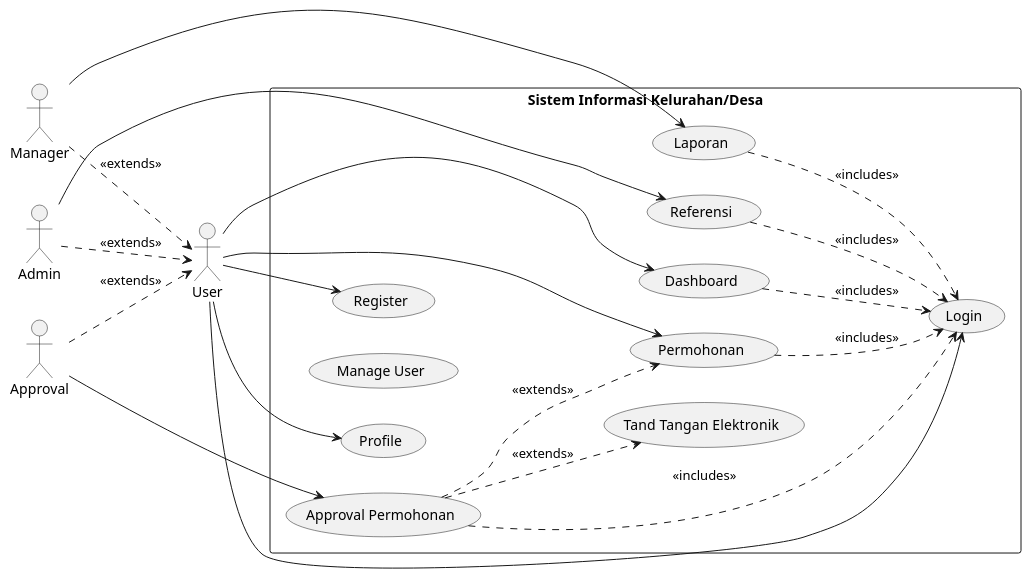
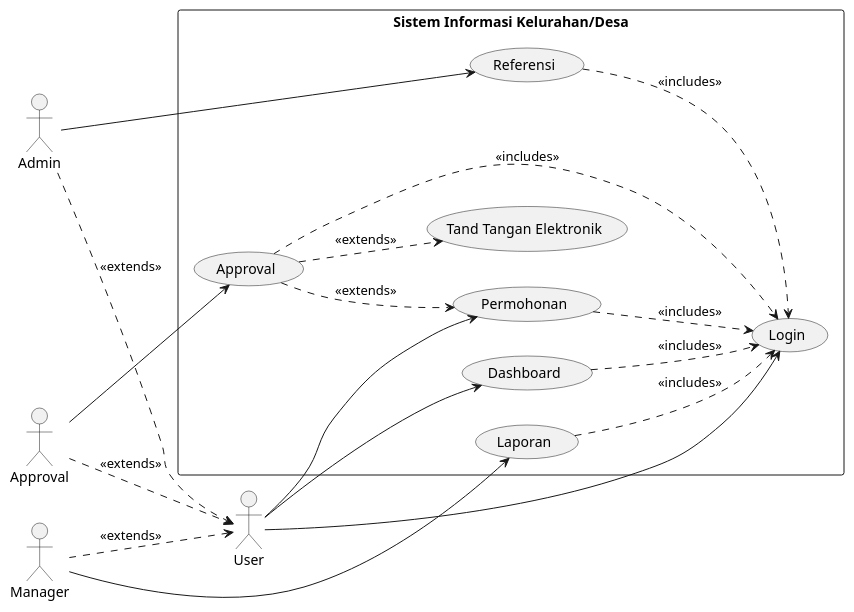
One commit to cendekia-mu/simkel changed the diagram in docs/01_uc.puml. Above: the diagram before and after it, drawn with PlantUML. The commit also changed 2 other files, not shown here.

Commit message:
Refactor use case diagram and update static view paths in the application

```diff
--- a/docs/01_uc.puml
+++ b/docs/01_uc.puml
@@ -1,38 +1,33 @@
 @startuml use_case_lkpj
 left to right direction
 actor "User" as User
 actor "Approval" as Approval
 actor "Manager" as Manager
 actor "Admin" as Admin
 rectangle "Sistem Informasi Kelurahan/Desa" {
   (Login) as UC_Login
   (Dashboard) as UC_Dashboard
   (Permohonan) as UC_Permohonan
-  (Approval Permohonan) as UC_ApprovalPermohonan
-  (Manage User) as UC_ManageUser
+  (Approval) as UC_ApprovalPermohonan
   (Laporan) as UC_Laporan
   (Tand Tangan Elektronik) as UC_TTE
-  (Register) as UC_Register
-  (Profile) as UC_Profile
   (Referensi) as UC_Referensi
 }
-User --> UC_Register
 User --> UC_Login
 User --> UC_Dashboard
 User --> UC_Permohonan
-User --> UC_Profile
 Approval --> UC_ApprovalPermohonan
 Approval ..> User: <<extends>>
 Manager ..> User : <<extends>>
 Manager --> UC_Laporan
 Admin ..> User : <<extends>>
 Admin --> UC_Referensi
 UC_Referensi ..> UC_Login : <<includes>>
 UC_Dashboard ..> UC_Login: <<includes>>
 UC_Permohonan ..> UC_Login: <<includes>>
 UC_ApprovalPermohonan ..> UC_Login: <<includes>>
 UC_ApprovalPermohonan ..> UC_TTE: <<extends>>
 UC_ApprovalPermohonan ..> UC_Permohonan: <<extends>>
 UC_Laporan ..> UC_Login: <<includes>>
 
 @enduml
```
